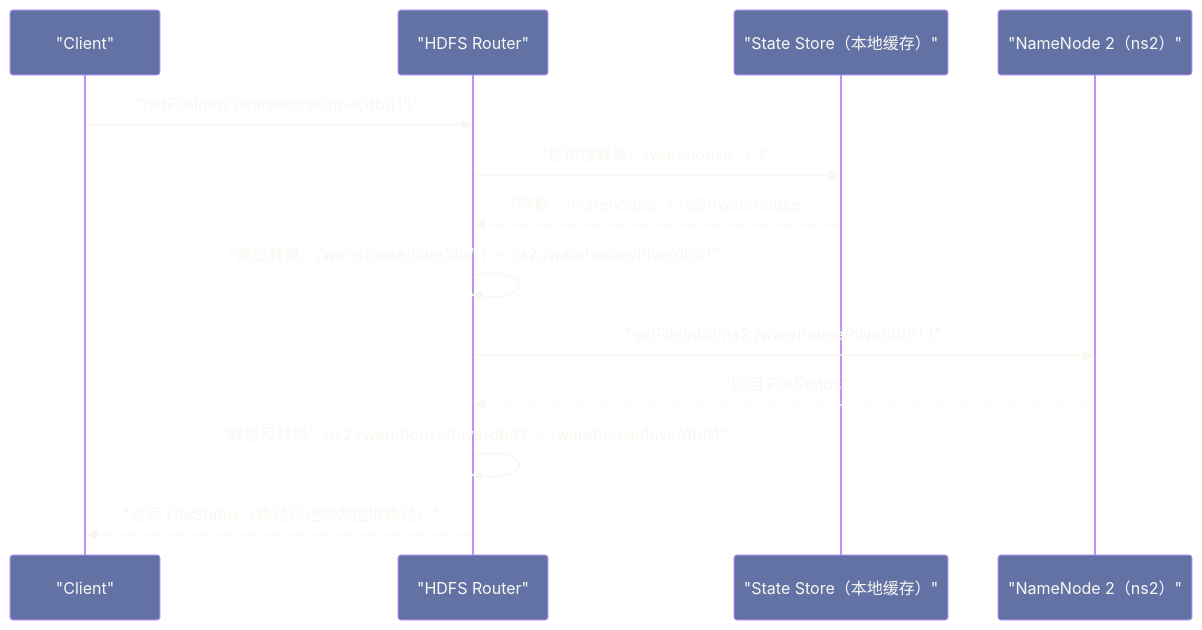
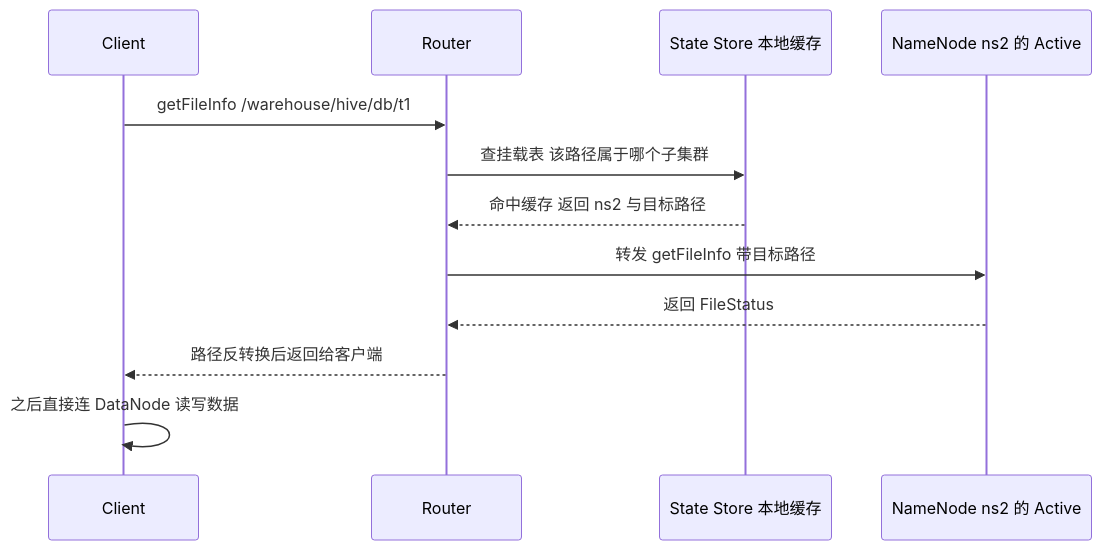
The fifth of 6 diagrams in content/大数据/Hadoop/HDFS/07 HDFS Federation——打破单 NameNode 的内存天花板.md (hpliStartAgain/my-brain), drawn with Mermaid before and after one commit. The commit also changed other lines of this file and 455 other files, not shown here.

````diff
--- a/content/大数据/Hadoop/HDFS/07 HDFS Federation——打破单 NameNode 的内存天花板.md
+++ b/content/大数据/Hadoop/HDFS/07 HDFS Federation——打破单 NameNode 的内存天花板.md
@@ -351,17 +443,15 @@
 ```mermaid
-%%{init: {'theme': 'base', 'themeVariables': {'primaryColor': '#6272a4', 'primaryTextColor': '#f8f8f2', 'primaryBorderColor': '#bd93f9', 'lineColor': '#ff79c6', 'secondaryColor': '#44475a', 'tertiaryColor': '#282a36'}}}%%
+%%{init: {'theme': 'dracula'}}%%
 sequenceDiagram
-    participant C as "Client"
-    participant R as "HDFS Router"
-    participant SS as "State Store（本地缓存）"
-    participant NN2 as "NameNode 2（ns2）"
-
-    C->>R: "getFileInfo('/warehouse/hive/db/t1')"
-    R->>SS: "查询挂载表：/warehouse → ?"
-    SS-->>R: "映射：/warehouse → ns2:/warehouse"
-    R->>R: "路径转换：/warehouse/hive/db/t1 → ns2:/warehouse/hive/db/t1"
-    R->>NN2: "getFileInfo('ns2:/warehouse/hive/db/t1')"
-    NN2-->>R: "返回 FileStatus"
-    R->>R: "路径反转换：ns2:/warehouse/hive/db/t1 → /warehouse/hive/db/t1"
-    R-->>C: "返回 FileStatus（路径已还原为虚拟路径）"
+    participant C as Client
+    participant R as Router
+    participant SS as State Store 本地缓存
+    participant NN as NameNode ns2 的 Active
+    C->>R: getFileInfo /warehouse/hive/db/t1
+    R->>SS: 查挂载表 该路径属于哪个子集群
+    SS-->>R: 命中缓存 返回 ns2 与目标路径
+    R->>NN: 转发 getFileInfo 带目标路径
+    NN-->>R: 返回 FileStatus
+    R-->>C: 路径反转换后返回给客户端
+    C->>C: 之后直接连 DataNode 读写数据
 ```
````
